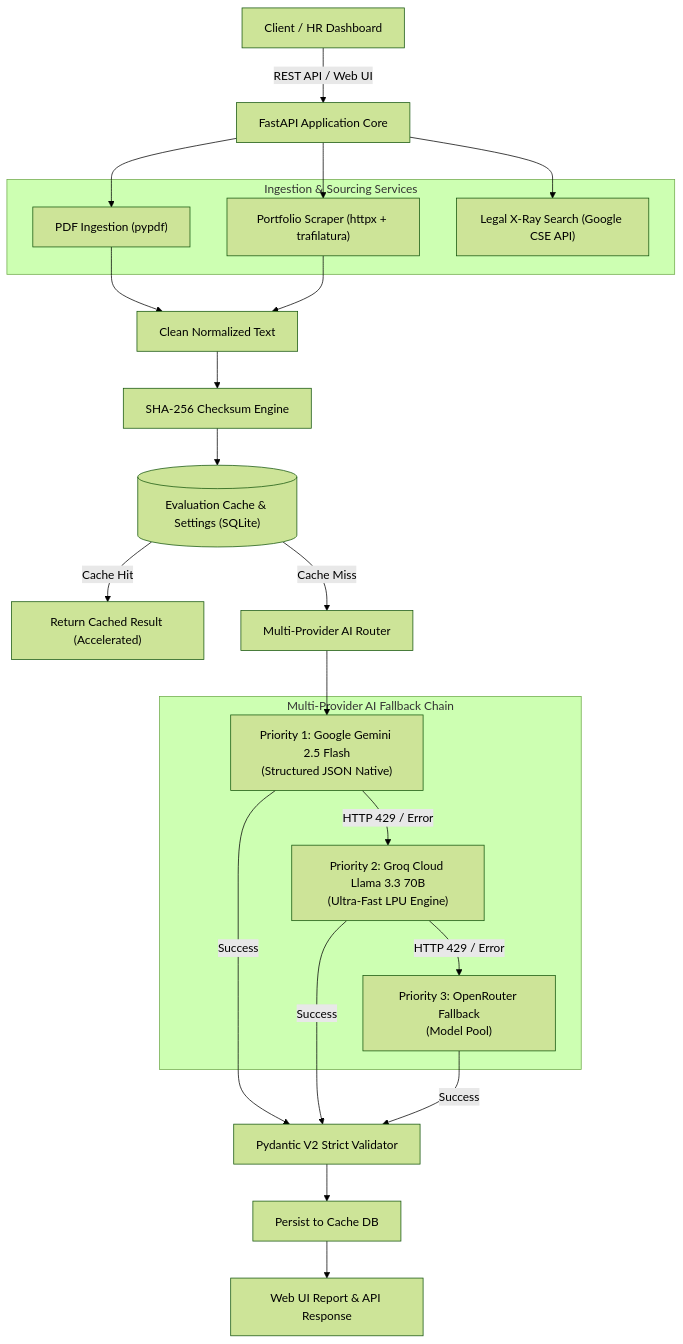
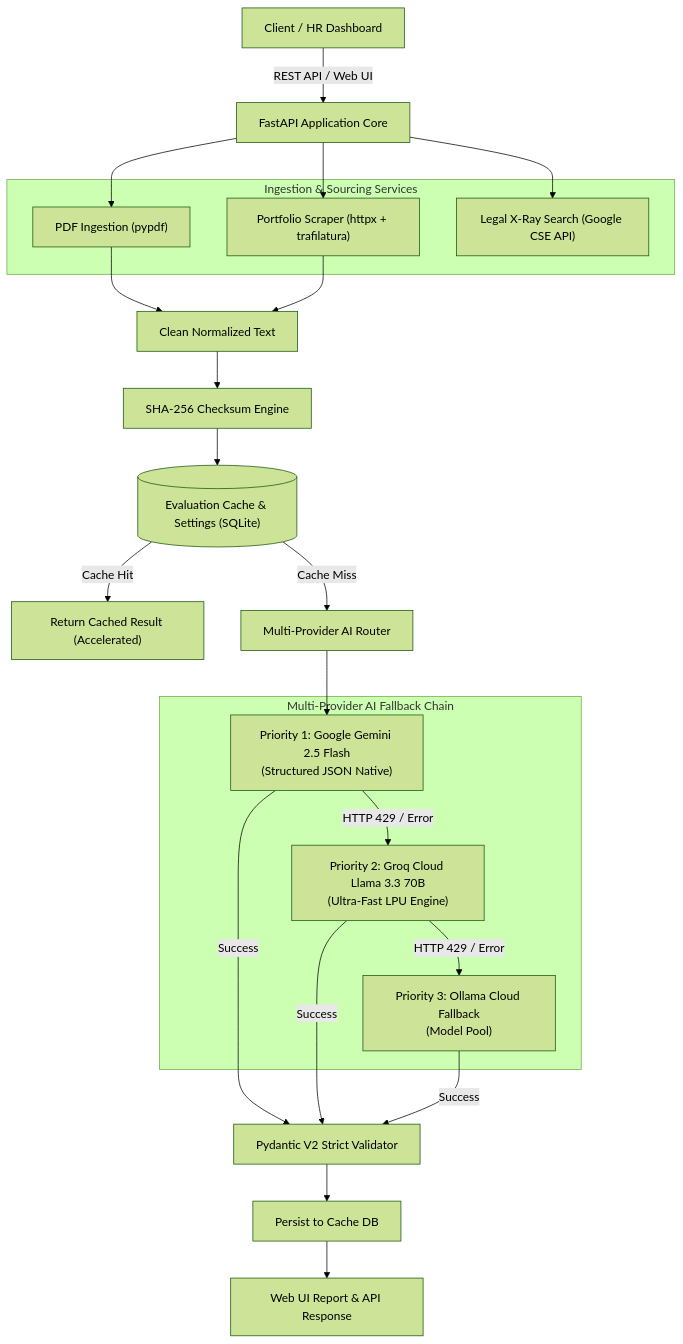
Before and after one commit to Ahmed3atef/Kayatix: the diagram in README.md, drawn with Mermaid (forest theme). The commit also changed other lines of this file and 30 other files, not shown here.

First line of the commit message:
Refactor AI integration to replace Mistral and OpenRouter with Ollama Cloud

````diff
--- a/README.md
+++ b/README.md
@@ -84,42 +84,42 @@
 ```mermaid
 flowchart TD
     Client["Client / HR Dashboard"] -->|"REST API / Web UI"| Core["FastAPI Application Core"]
 
     subgraph Ingestion ["Ingestion & Sourcing Services"]
         PDF["PDF Ingestion (pypdf)"]
         Scraper["Portfolio Scraper (httpx + trafilatura)"]
         XRay["Legal X-Ray Search (Google CSE API)"]
     end
 
     Core --> PDF
     Core --> Scraper
     Core --> XRay
 
     PDF --> Clean["Clean Normalized Text"]
     Scraper --> Clean
 
     Clean --> Hash["SHA-256 Checksum Engine"]
     Hash --> CacheDB[("Evaluation Cache & Settings (SQLite)")]
 
     CacheDB -->|Cache Hit| ReturnCached["Return Cached Result (Accelerated)"]
 
     CacheDB -->|Cache Miss| Router["Multi-Provider AI Router"]
 
     subgraph Cascade ["Multi-Provider AI Fallback Chain"]
         P1["Priority 1: Google Gemini 2.5 Flash\n(Structured JSON Native)"]
         P2["Priority 2: Groq Cloud Llama 3.3 70B\n(Ultra-Fast LPU Engine)"]
-        P3["Priority 3: OpenRouter Fallback\n(Model Pool)"]
+        P3["Priority 3: Ollama Cloud Fallback\n(Model Pool)"]
 
         P1 -->|"HTTP 429 / Error"| P2
         P2 -->|"HTTP 429 / Error"| P3
     end
 
     Router --> P1
 
     P1 -->|"Success"| Validate["Pydantic V2 Strict Validator"]
     P2 -->|"Success"| Validate
     P3 -->|"Success"| Validate
 
     Validate --> Persist["Persist to Cache DB"]
     Persist --> Response["Web UI Report & API Response"]
 ```
````
